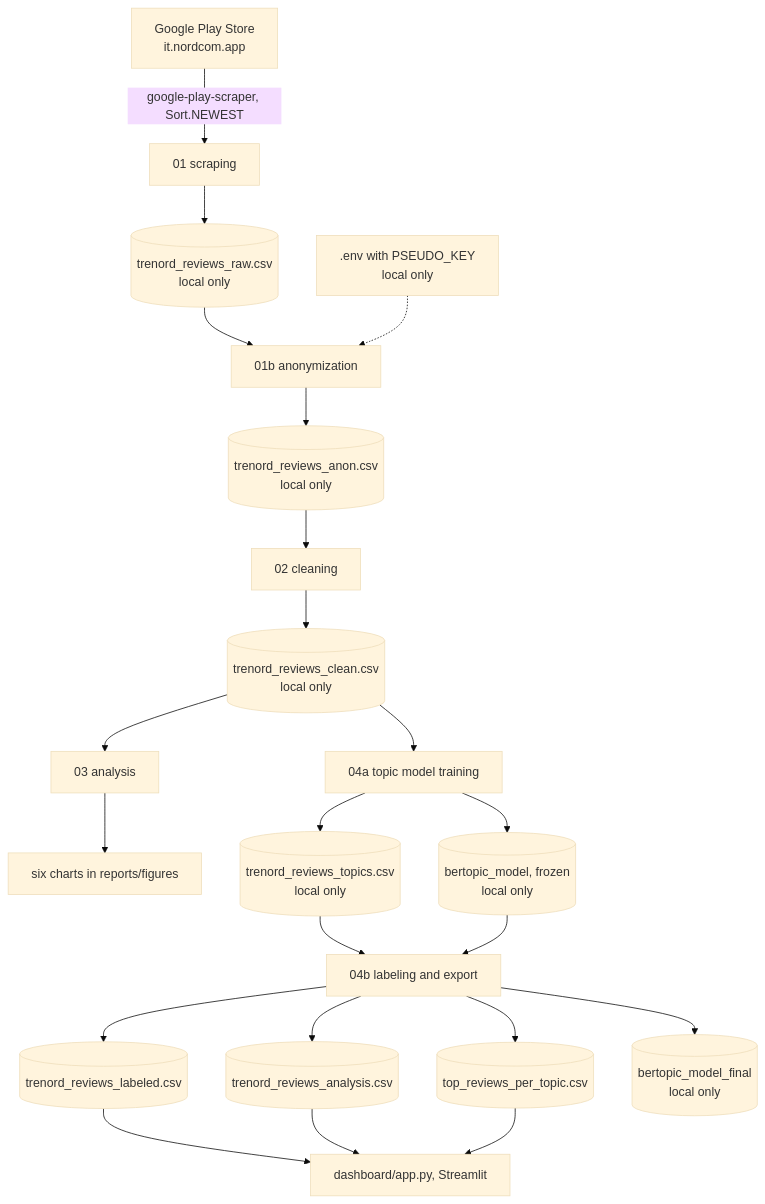
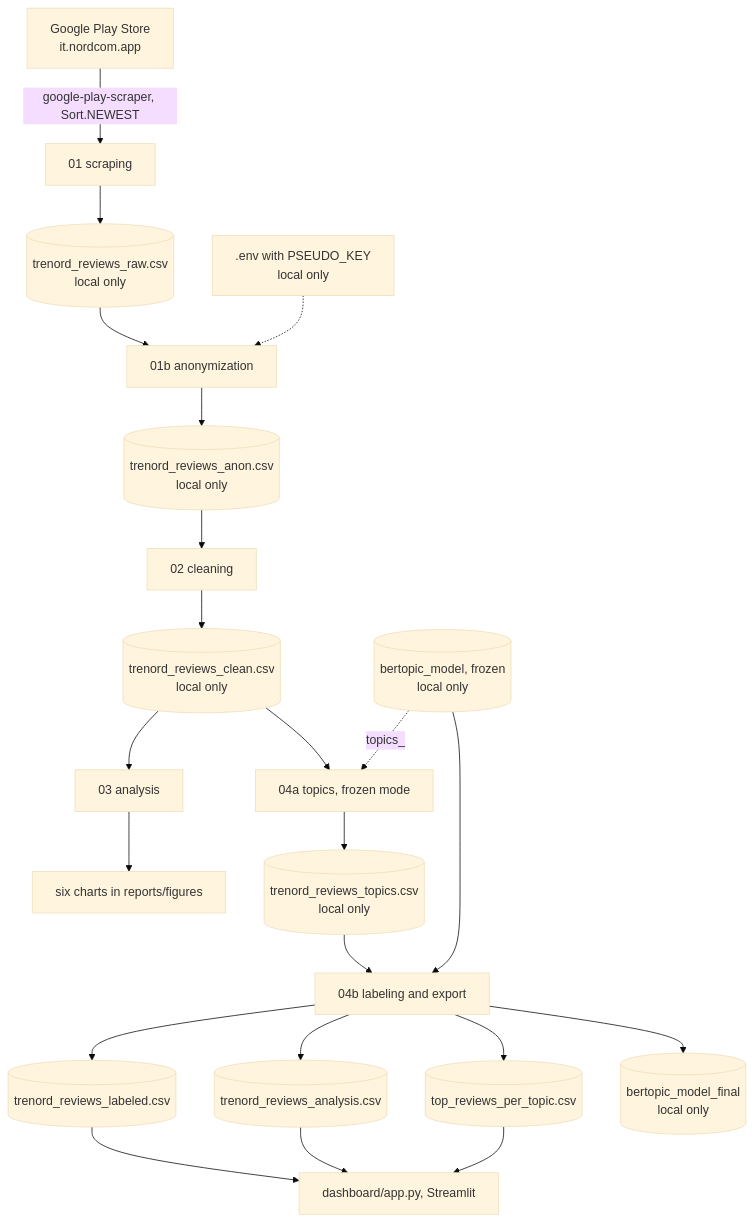
The diagram in docs/architecture.md (paolotroia-datavizlab/trenord-reviews-bertopic), drawn with Mermaid (base theme) before and after one commit. The commit also changed other lines of this file and 11 other files, not shown here.

First line of the commit message:
Rotate pseudonymization key, add 04a frozen mode and environment lock file

````diff
--- a/docs/architecture.md
+++ b/docs/architecture.md
@@ -32,24 +32,24 @@
 ```mermaid
 flowchart TD
     PS["Google Play Store<br/>it.nordcom.app"] -->|"google-play-scraper, Sort.NEWEST"| N01["01 scraping"]
     N01 --> RAW[("trenord_reviews_raw.csv<br/>local only")]
     RAW --> N01b["01b anonymization"]
     ENV[".env with PSEUDO_KEY<br/>local only"] -.-> N01b
     N01b --> ANON[("trenord_reviews_anon.csv<br/>local only")]
     ANON --> N02["02 cleaning"]
     N02 --> CLEAN[("trenord_reviews_clean.csv<br/>local only")]
     CLEAN --> N03["03 analysis"]
     N03 --> PNG["six charts in reports/figures"]
-    CLEAN --> N04a["04a topic model training"]
+    CLEAN --> N04a["04a topics, frozen mode"]
     N04a --> TOPICS[("trenord_reviews_topics.csv<br/>local only")]
-    N04a --> MODEL[("bertopic_model, frozen<br/>local only")]
+    MODEL[("bertopic_model, frozen<br/>local only")] -.->|"topics_"| N04a
     TOPICS --> N04b["04b labeling and export"]
     MODEL --> N04b
     N04b --> LAB[("trenord_reviews_labeled.csv")]
     N04b --> ANA[("trenord_reviews_analysis.csv")]
     N04b --> TOP[("top_reviews_per_topic.csv")]
     N04b --> FINAL[("bertopic_model_final<br/>local only")]
     LAB --> DASH["dashboard/app.py, Streamlit"]
     ANA --> DASH
     TOP --> DASH
 ```
````
